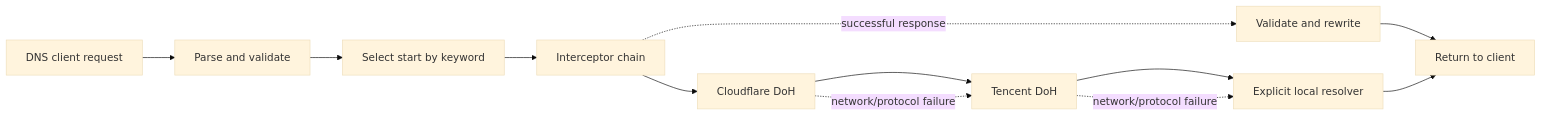
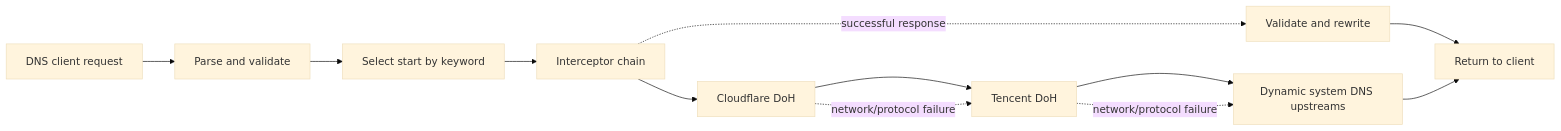
Before and after one commit to Fuxx-1/EdgeSteer: the diagram in docs/en/architecture.md, drawn with Mermaid (base theme). The commit also changed other lines of this file and 18 other files, not shown here.

Commit message:
Add dynamic system DNS local layer

````diff
--- a/docs/en/architecture.md
+++ b/docs/en/architecture.md
@@ -9,14 +9,14 @@
 ```mermaid
 flowchart LR
     C["DNS client request"] --> P["Parse and validate"]
     P --> R["Select start by keyword"]
     R --> I["Interceptor chain"]
     I --> D["Cloudflare DoH"]
     D --> T["Tencent DoH"]
-    T --> L["Explicit local resolver"]
+    T --> L["Dynamic system DNS upstreams"]
     I -. "successful response" .-> W["Validate and rewrite"]
     D -. "network/protocol failure" .-> T
     T -. "network/protocol failure" .-> L
     W --> O["Return to client"]
     L --> O
 ```
````
